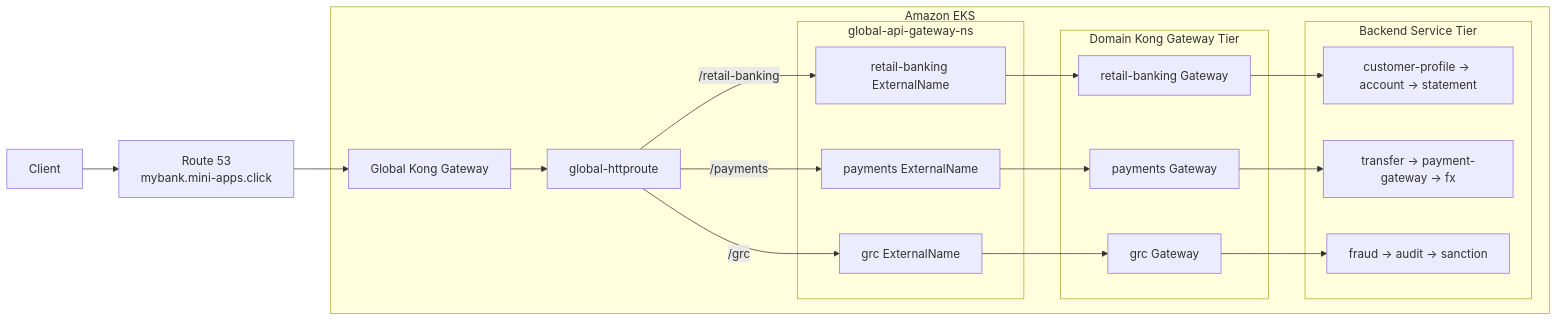
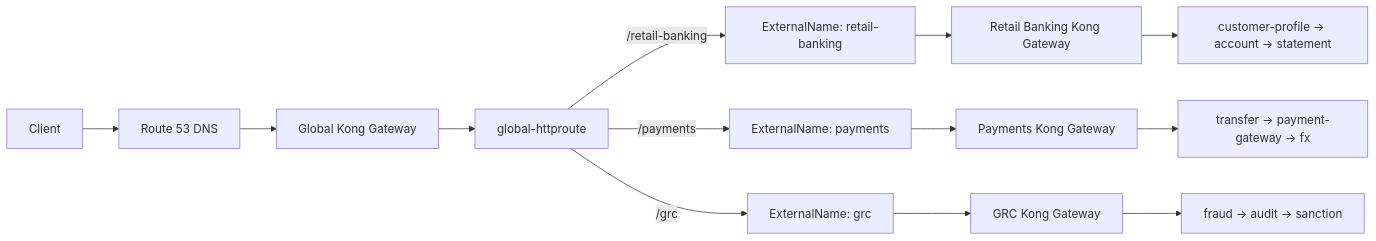
Before and after one commit to zinmoe-tech/ace-project-2026: the diagram in Kong Global Gateway With ExternalName/README.md, drawn with Mermaid. The commit also changed other lines of this file and 3 other files, not shown here.

````diff
--- a/Kong Global Gateway With ExternalName/README.md
+++ b/Kong Global Gateway With ExternalName/README.md
@@ -45,33 +47,24 @@
 ```mermaid
 flowchart LR
     client[Client]
-    dns[Route 53<br/>mybank.mini-apps.click]
+    dns[Route 53 DNS]
+    globalGw[Global Kong Gateway]
+    globalRoute[global-httproute]
 
-    subgraph eks[Amazon EKS]
-        globalGw[Global Kong Gateway]
-        globalRoute[global-httproute]
+    rbAlias[ExternalName: retail-banking]
+    payAlias[ExternalName: payments]
+    grcAlias[ExternalName: grc]
 
-        subgraph aliases[global-api-gateway-ns]
-            rbAlias[retail-banking ExternalName]
-            payAlias[payments ExternalName]
-            grcAlias[grc ExternalName]
-        end
+    rbGw[Retail Banking Kong Gateway]
+    payGw[Payments Kong Gateway]
+    grcGw[GRC Kong Gateway]
 
-        subgraph kic[Domain Kong Gateway Tier]
-            rbGw[retail-banking Gateway]
-            payGw[payments Gateway]
-            grcGw[grc Gateway]
-        end
-
-        subgraph apps[Backend Service Tier]
-            rbSvc[customer-profile -> account -> statement]
-            paySvc[transfer -> payment-gateway -> fx]
-            grcSvc[fraud -> audit -> sanction]
-        end
-    end
+    rbSvc[customer-profile -> account -> statement]
+    paySvc[transfer -> payment-gateway -> fx]
+    grcSvc[fraud -> audit -> sanction]
 
     client --> dns --> globalGw --> globalRoute
     globalRoute -->|/retail-banking| rbAlias --> rbGw --> rbSvc
     globalRoute -->|/payments| payAlias --> payGw --> paySvc
     globalRoute -->|/grc| grcAlias --> grcGw --> grcSvc
 ```
````
